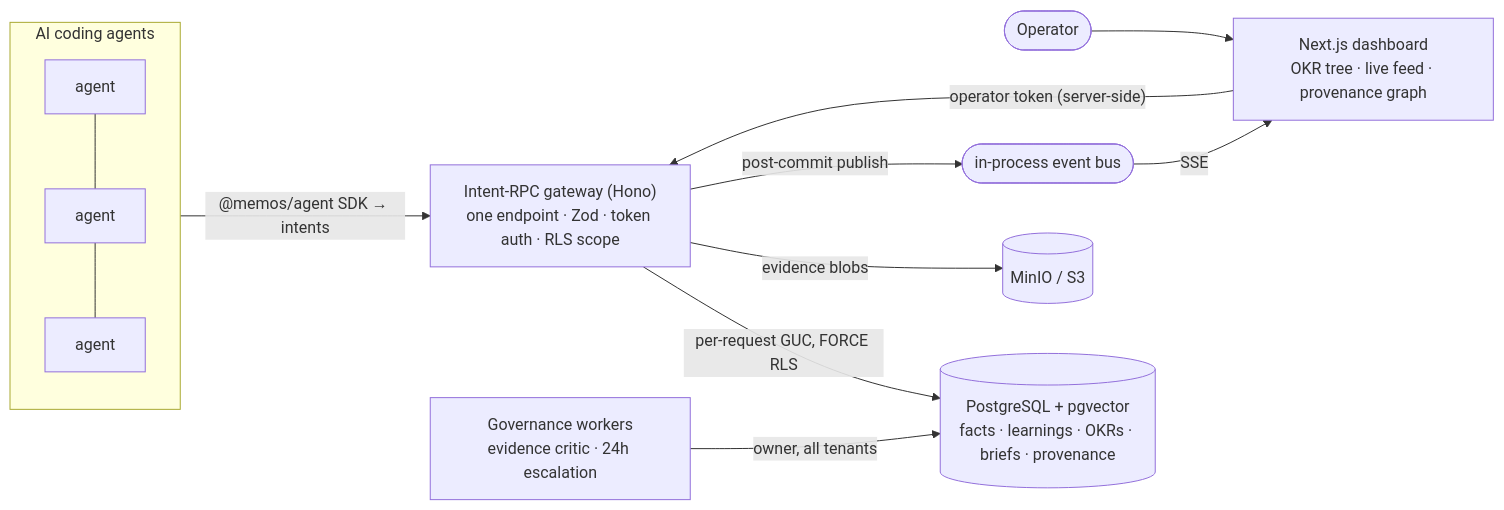
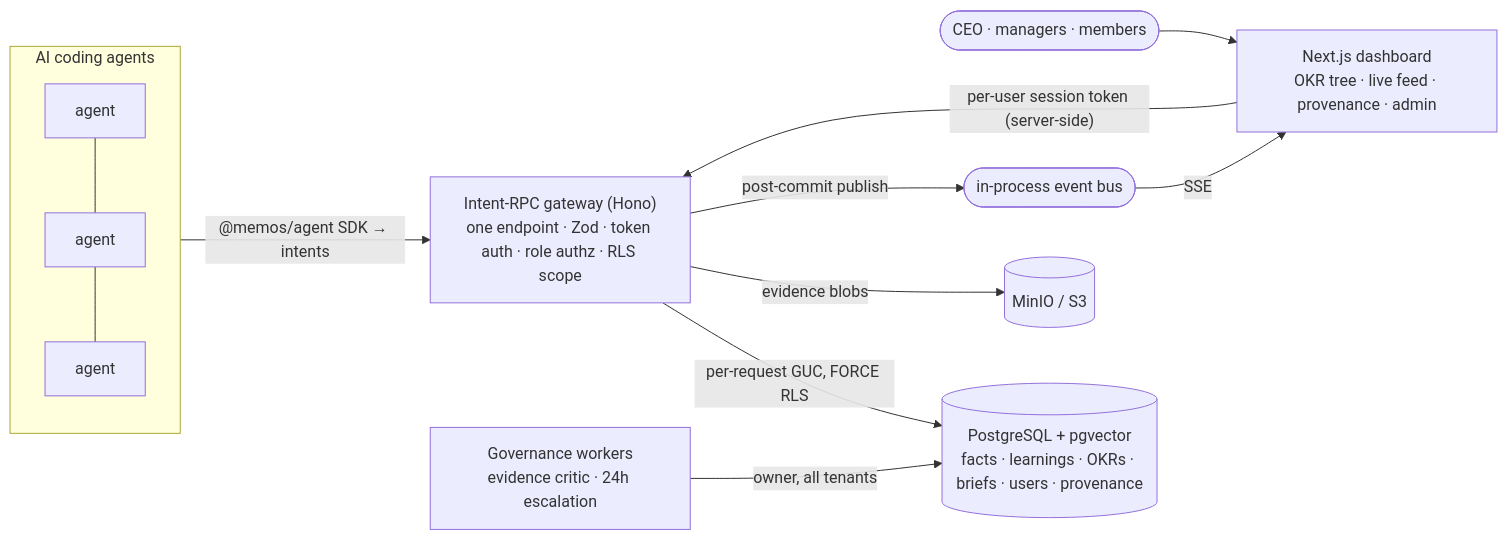
The diagram in README.md (DivyamShah73/memos), drawn with Mermaid before and after one commit. The commit also changed other lines of this file and 9 other files, not shown here.

First line of the commit message:
docs: refresh README for v2 — multi-org, roles, per-user login, admin UI

````diff
--- a/README.md
+++ b/README.md
@@ -32,15 +44,15 @@
 ```mermaid
 flowchart LR
   subgraph Fleet["AI coding agents"]
     A1[agent] --- A2[agent] --- A3[agent]
   end
-  Op([Operator]) --> Dash["Next.js dashboard<br/>OKR tree · live feed · provenance graph"]
+  People([CEO · managers · members]) --> Dash["Next.js dashboard<br/>OKR tree · live feed · provenance · admin"]
   Fleet -->|"@memos/agent SDK → intents"| GW
-  Dash -->|"operator token (server-side)"| GW
-  GW["Intent-RPC gateway (Hono)<br/>one endpoint · Zod · token auth · RLS scope"]
-  GW -->|"per-request GUC, FORCE RLS"| PG[("PostgreSQL + pgvector<br/>facts · learnings · OKRs · briefs · provenance")]
+  Dash -->|"per-user session token (server-side)"| GW
+  GW["Intent-RPC gateway (Hono)<br/>one endpoint · Zod · token auth · role authz · RLS scope"]
+  GW -->|"per-request GUC, FORCE RLS"| PG[("PostgreSQL + pgvector<br/>facts · learnings · OKRs · briefs · users · provenance")]
   GW -->|"evidence blobs"| S3[("MinIO / S3")]
   GW -->|"post-commit publish"| BUS(["in-process event bus"])
   BUS -->|SSE| Dash
   WK["Governance workers<br/>evidence critic · 24h escalation"] -->|owner, all tenants| PG
 ```
````
